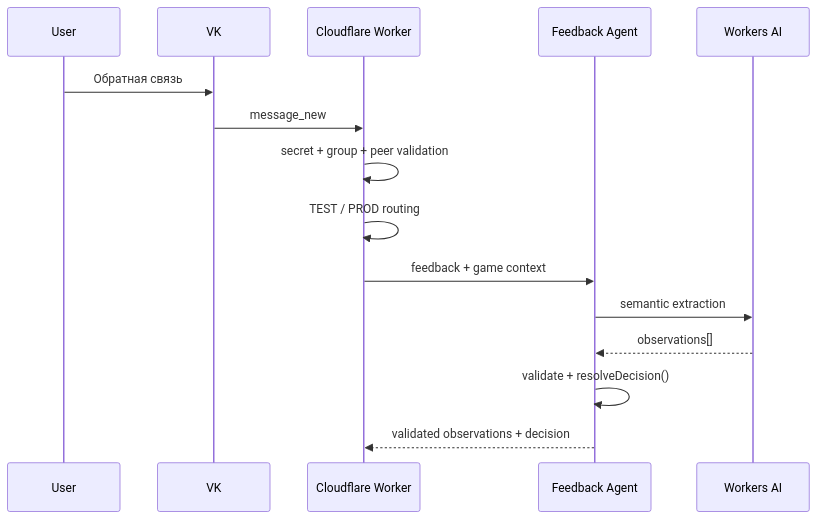
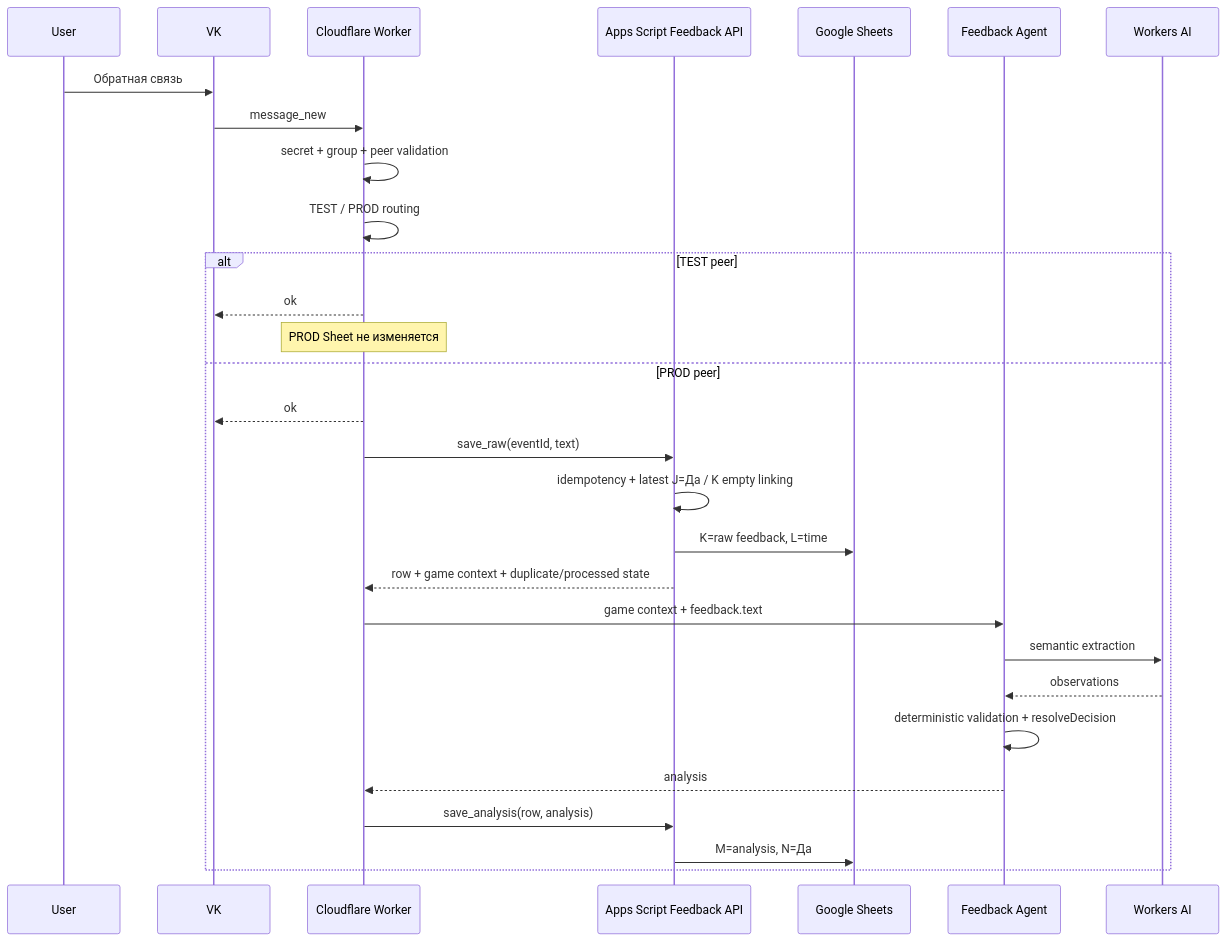
Before and after one commit to LukshinVI/game-of-the-day: the third of 6 diagrams in docs/architecture.md, drawn with Mermaid. The commit also changed other lines of this file, not shown here.

Commit message:
docs: update production feedback architecture

````diff
--- a/docs/architecture.md
+++ b/docs/architecture.md
@@ -72,18 +80,33 @@
 ```mermaid
 sequenceDiagram
     participant U as User
     participant V as VK
     participant W as Cloudflare Worker
+    participant G as Apps Script Feedback API
+    participant S as Google Sheets
     participant F as Feedback Agent
     participant M as Workers AI
 
     U->>V: Обратная связь
     V->>W: message_new
     W->>W: secret + group + peer validation
     W->>W: TEST / PROD routing
-    W->>F: feedback + game context
-    F->>M: semantic extraction
-    M-->>F: observations[]
-    F->>F: validate + resolveDecision()
-    F-->>W: validated observations + decision
+
+    alt TEST peer
+        W-->>V: ok
+        Note over W: PROD Sheet не изменяется
+    else PROD peer
+        W-->>V: ok
+        W->>G: save_raw(eventId, text)
+        G->>G: idempotency + latest J=Да / K empty linking
+        G->>S: K=raw feedback, L=time
+        G-->>W: row + game context + duplicate/processed state
+        W->>F: game context + feedback.text
+        F->>M: semantic extraction
+        M-->>F: observations
+        F->>F: deterministic validation + resolveDecision
+        F-->>W: analysis
+        W->>G: save_analysis(row, analysis)
+        G->>S: M=analysis, N=Да
+    end
 ```
````
